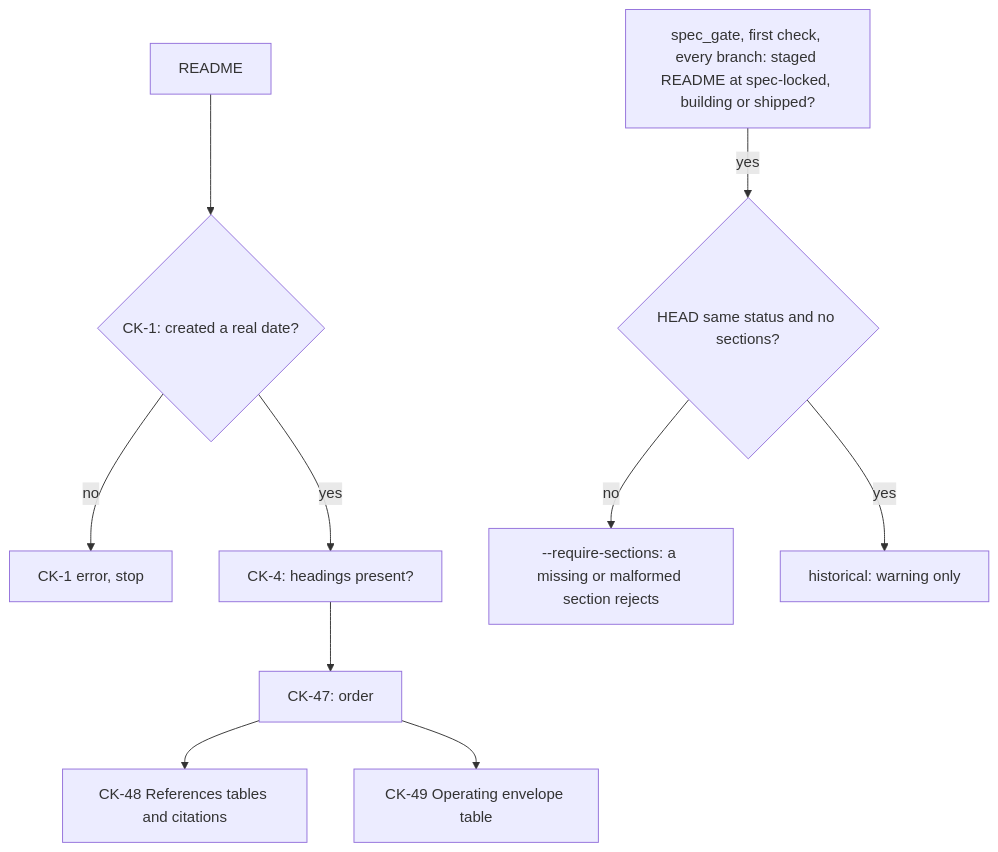
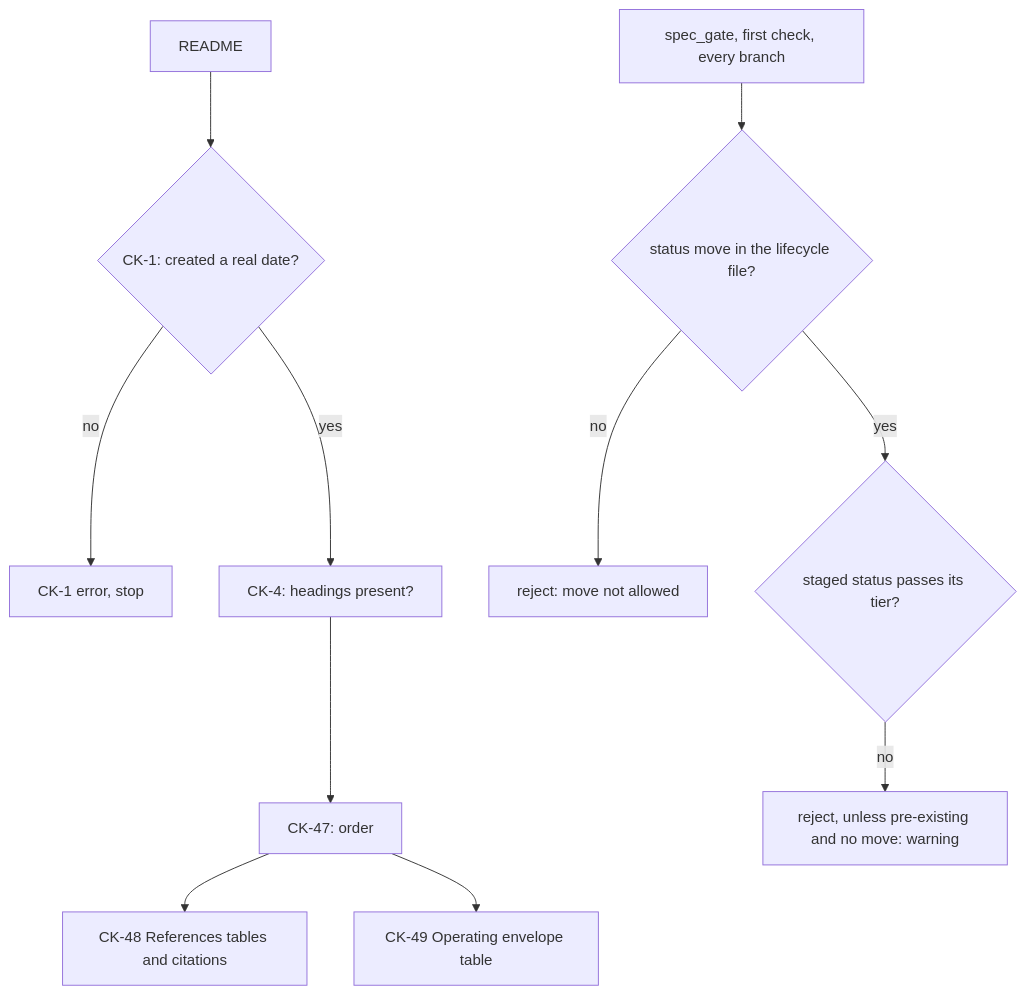
Before and after one commit to sibulus13/claudence: the diagram in docs/work/spec-references-envelope/functional.md, drawn with Mermaid. The commit also changed other lines of this file and 2 other files, not shown here.

First line of the commit message:
docs(work): lock spec-references-envelope (lifecycle as data, T1-T9)

````diff
--- a/docs/work/spec-references-envelope/functional.md
+++ b/docs/work/spec-references-envelope/functional.md
@@ -3,12 +3,13 @@
 ```mermaid
 flowchart TD
   R[README] --> K{CK-1: created a real date?}
   K -- no --> X[CK-1 error, stop]
   K -- yes --> H[CK-4: headings present?]
-  G[spec_gate, first check, every branch: staged README at spec-locked, building or shipped?] -- yes --> X2{HEAD same status and no sections?}
-  X2 -- no --> Q[--require-sections: a missing or malformed section rejects]
-  X2 -- yes --> W[historical: warning only]
+  G[spec_gate, first check, every branch] --> M{status move in the lifecycle file?}
+  M -- no --> RJ[reject: move not allowed]
+  M -- yes --> TR{staged status passes its tier?}
+  TR -- no --> RJ2[reject, unless pre-existing and no move: warning]
   H --> O[CK-47: order]
   O --> T[CK-48 References tables and citations]
   O --> E[CK-49 Operating envelope table]
 ```
````
